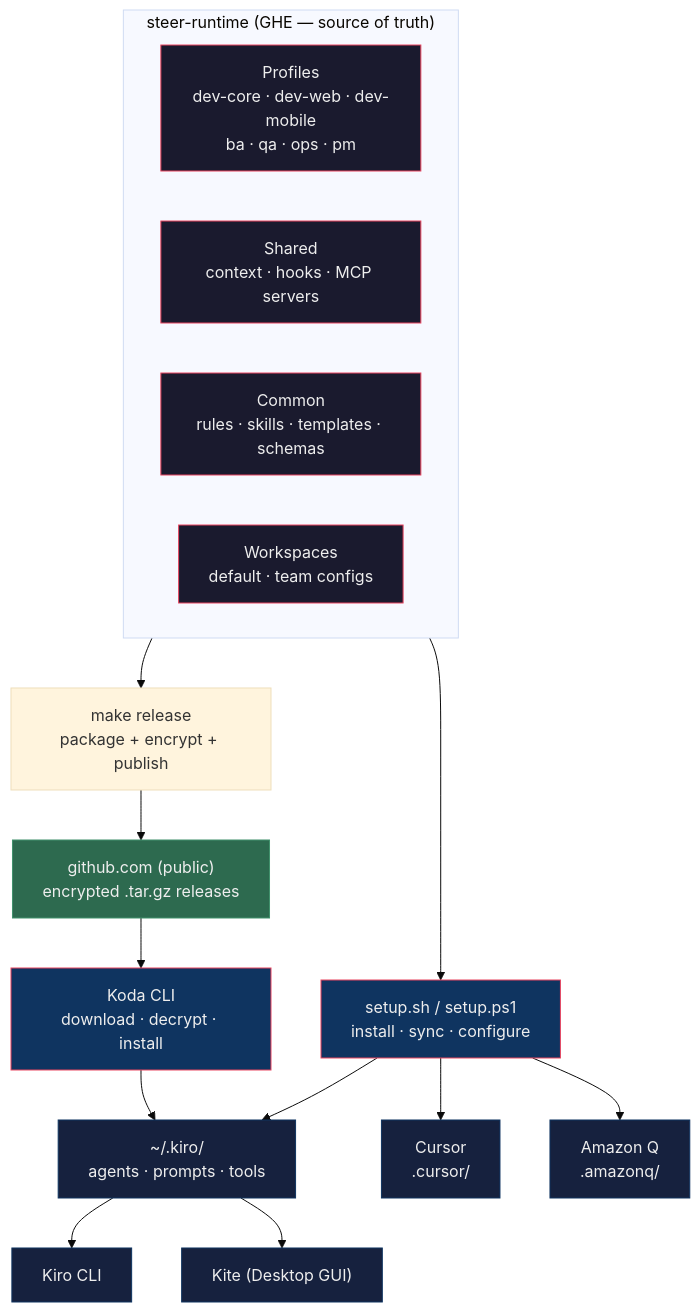
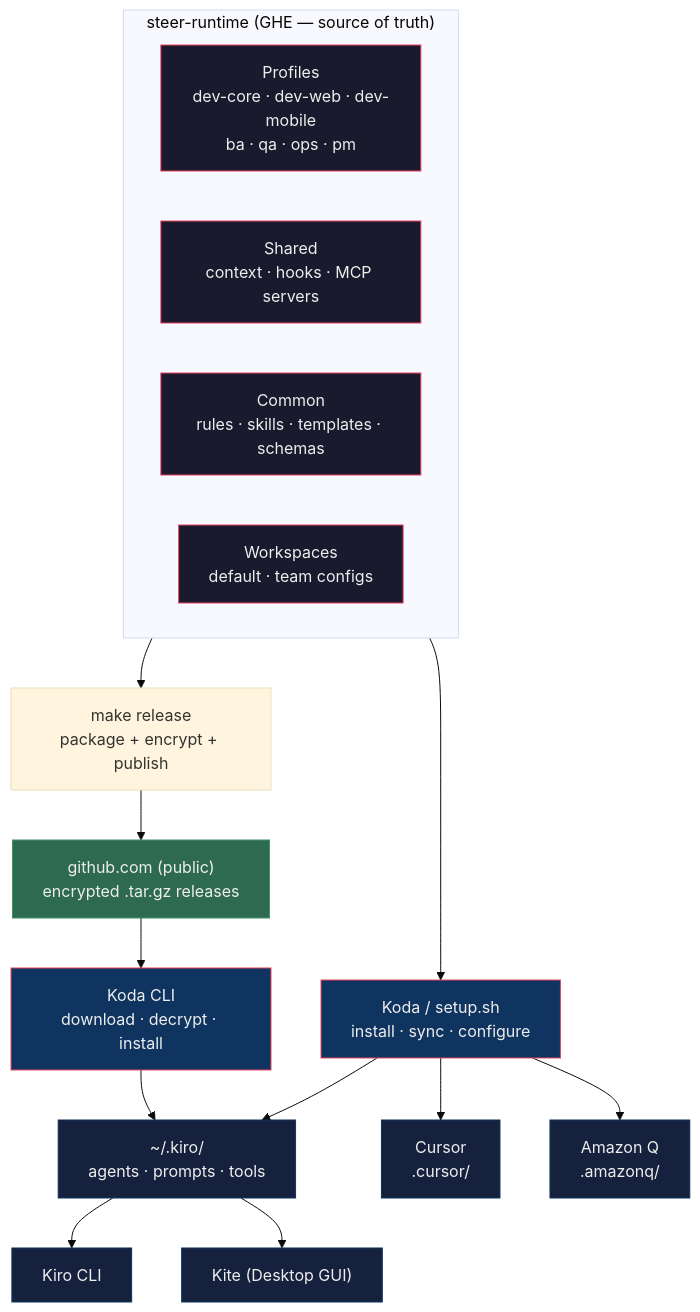
Before and after one commit to rsanchez-disney/steer-runtime: the diagram in docs/REFERENCE.md, drawn with Mermaid (base theme). The commit also changed other lines of this file and 21 other files, not shown here.

First line of the commit message:
docs: migrate setup.sh references to koda across all documentation

````diff
--- a/docs/REFERENCE.md
+++ b/docs/REFERENCE.md
@@ -189,34 +189,34 @@
 ```mermaid
 graph TD
     classDef source fill:#1a1a2e,stroke:#e94560,color:#eee
     classDef tool fill:#0f3460,stroke:#e94560,color:#eee
     classDef target fill:#16213e,stroke:#0f3460,color:#eee
     classDef public fill:#2d6a4f,stroke:#40916c,color:#eee
 
     subgraph src["steer-runtime (GHE — source of truth)"]
         profiles["Profiles<br/>dev-core · dev-web · dev-mobile<br/>ba · qa · ops · pm"]
         shared["Shared<br/>context · hooks · MCP servers"]
         common["Common<br/>rules · skills · templates · schemas"]
         workspaces["Workspaces<br/>default · team configs"]
     end
 
     src --> makefile["make release<br/>package + encrypt + publish"]
     makefile --> public_repo["github.com (public)<br/>encrypted .tar.gz releases"]:::public
 
     public_repo --> koda["Koda CLI<br/>download · decrypt · install"]:::tool
 
     koda --> kiro["~/.kiro/<br/>agents · prompts · tools"]:::target
 
-    src --> setup["setup.sh / setup.ps1<br/>install · sync · configure"]:::tool
+    src --> setup["Koda / setup.sh<br/>install · sync · configure"]:::tool
     setup --> kiro
     setup --> cursor["Cursor<br/>.cursor/"]:::target
     setup --> amazonq["Amazon Q<br/>.amazonq/"]:::target
 
     kiro --> kirocli["Kiro CLI"]:::target
     kiro --> kite["Kite (Desktop GUI)"]:::target
 
     class profiles source
     class shared source
     class common source
     class workspaces source
 ```
````
